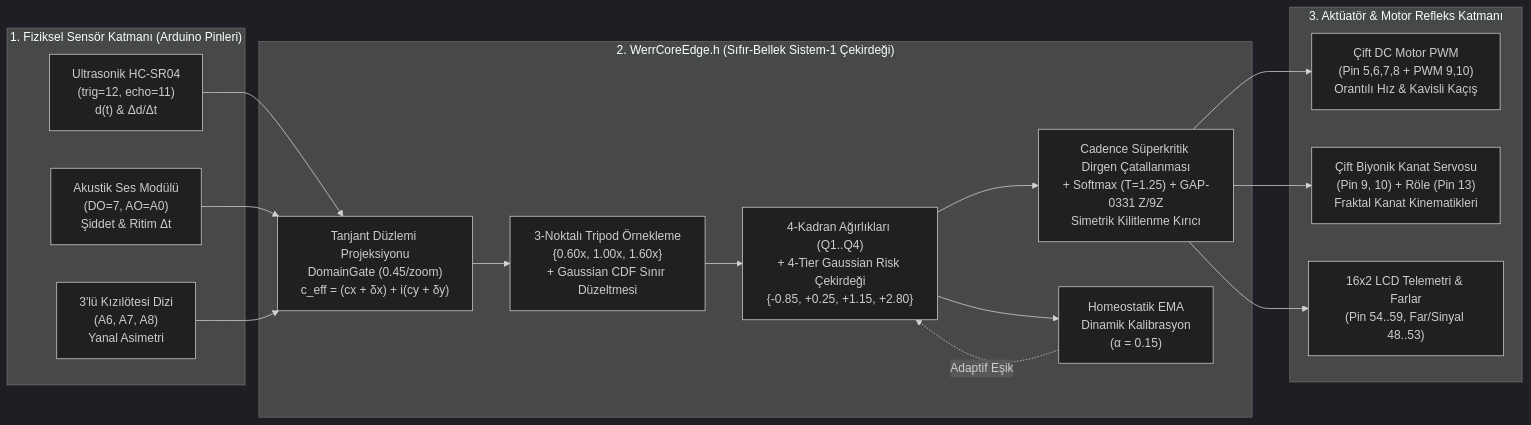
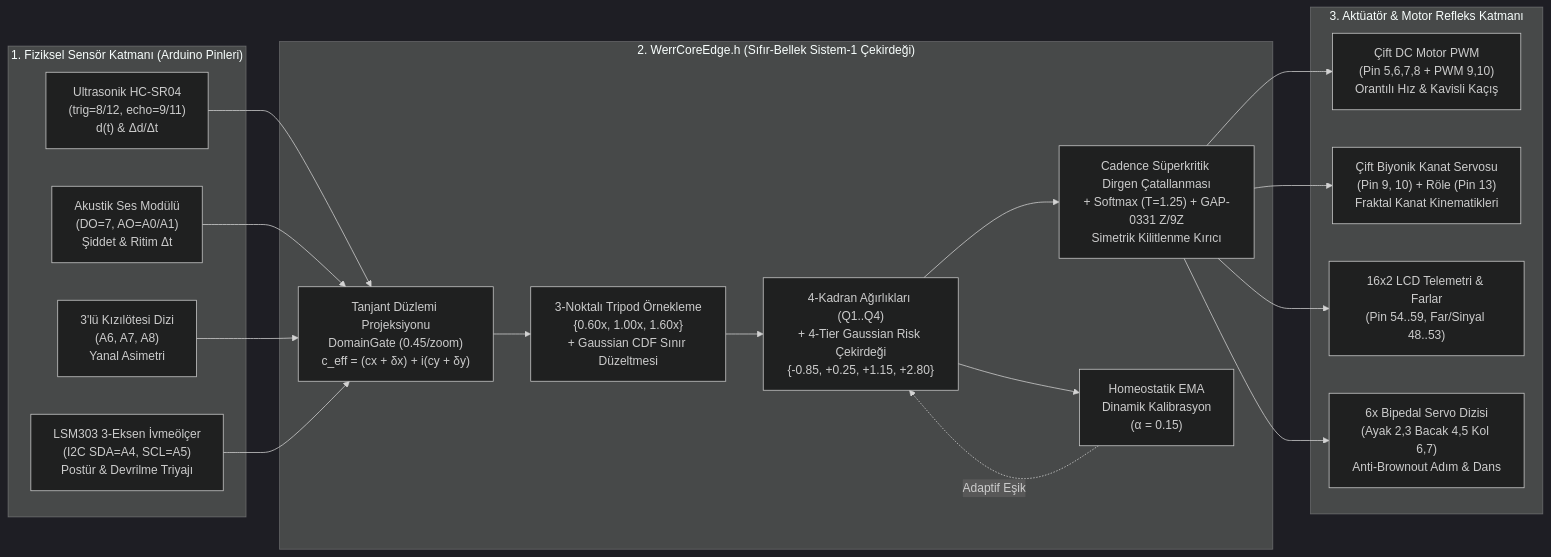
One commit to pCwOrM/WERRobotics changed the diagram in README_TR.md. Above: the diagram before and after it, drawn with Mermaid (dark theme). The commit also changed other lines of this file and 9 other files, not shown here.

First line of the commit message:
feat: integrate Burak Salar's Teknobot humanoid robot with WERR v0.5.1 Edge AI (Profile 5 & anti-brownout)

````diff
--- a/README_TR.md
+++ b/README_TR.md
@@ -53,29 +53,31 @@
 ```mermaid
 flowchart LR
     subgraph SENSORS["1. Fiziksel Sensör Katmanı (Arduino Pinleri)"]
-        S1["Ultrasonik HC-SR04\n(trig=12, echo=11)\nd(t) & Δd/Δt"]
-        S2["Akustik Ses Modülü\n(DO=7, AO=A0)\nŞiddet & Ritim Δt"]
+        S1["Ultrasonik HC-SR04\n(trig=8/12, echo=9/11)\nd(t) & Δd/Δt"]
+        S2["Akustik Ses Modülü\n(DO=7, AO=A0/A1)\nŞiddet & Ritim Δt"]
         S3["3'lü Kızılötesi Dizi\n(A6, A7, A8)\nYanal Asimetri"]
+        S4["LSM303 3-Eksen İvmeölçer\n(I2C SDA=A4, SCL=A5)\nPostür & Devrilme Triyajı"]
     end
 
     subgraph KERNEL["2. WerrCoreEdge.h (Sıfır-Bellek Sistem-1 Çekirdeği)"]
         P["Tanjant Düzlemi Projeksiyonu\nDomainGate (0.45/zoom)\nc_eff = (cx + δx) + i(cy + δy)"]
         T["3-Noktalı Tripod Örnekleme\n{0.60x, 1.00x, 1.60x}\n+ Gaussian CDF Sınır Düzeltmesi"]
         Q["4-Kadran Ağırlıkları (Q1..Q4)\n+ 4-Tier Gaussian Risk Çekirdeği\n{-0.85, +0.25, +1.15, +2.80}"]
         B["Cadence Süperkritik Dirgen Çatallanması\n+ Softmax (T=1.25) + GAP-0331 Z/9Z\nSimetrik Kilitlenme Kırıcı"]
         E["Homeostatik EMA\nDinamik Kalibrasyon\n(α = 0.15)"]
     end
 
     subgraph ACTUATORS["3. Aktüatör & Motor Refleks Katmanı"]
         A1["Çift DC Motor PWM\n(Pin 5,6,7,8 + PWM 9,10)\nOrantılı Hız & Kavisli Kaçış"]
         A2["Çift Biyonik Kanat Servosu\n(Pin 9, 10) + Röle (Pin 13)\nFraktal Kanat Kinematikleri"]
         A3["16x2 LCD Telemetri & Farlar\n(Pin 54..59, Far/Sinyal 48..53)"]
+        A4["6x Bipedal Servo Dizisi\n(Ayak 2,3 Bacak 4,5 Kol 6,7)\nAnti-Brownout Adım & Dans"]
     end
 
-    S1 & S2 & S3 --> P
+    S1 & S2 & S3 & S4 --> P
     P --> T --> Q
     Q --> B
     Q --> E
     E -.->|"Adaptif Eşik"| Q
-    B --> A1 & A2 & A3
+    B --> A1 & A2 & A3 & A4
 ```
````
